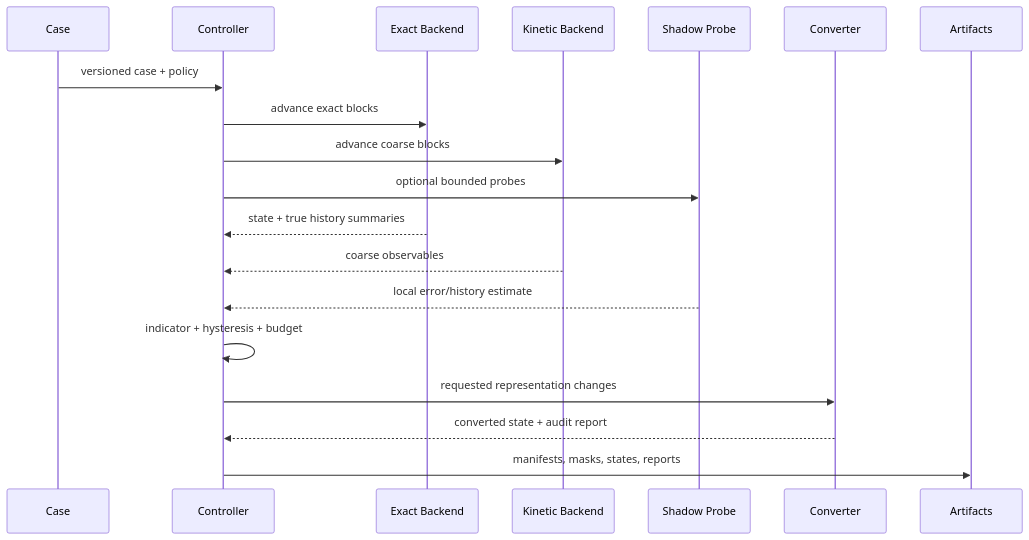
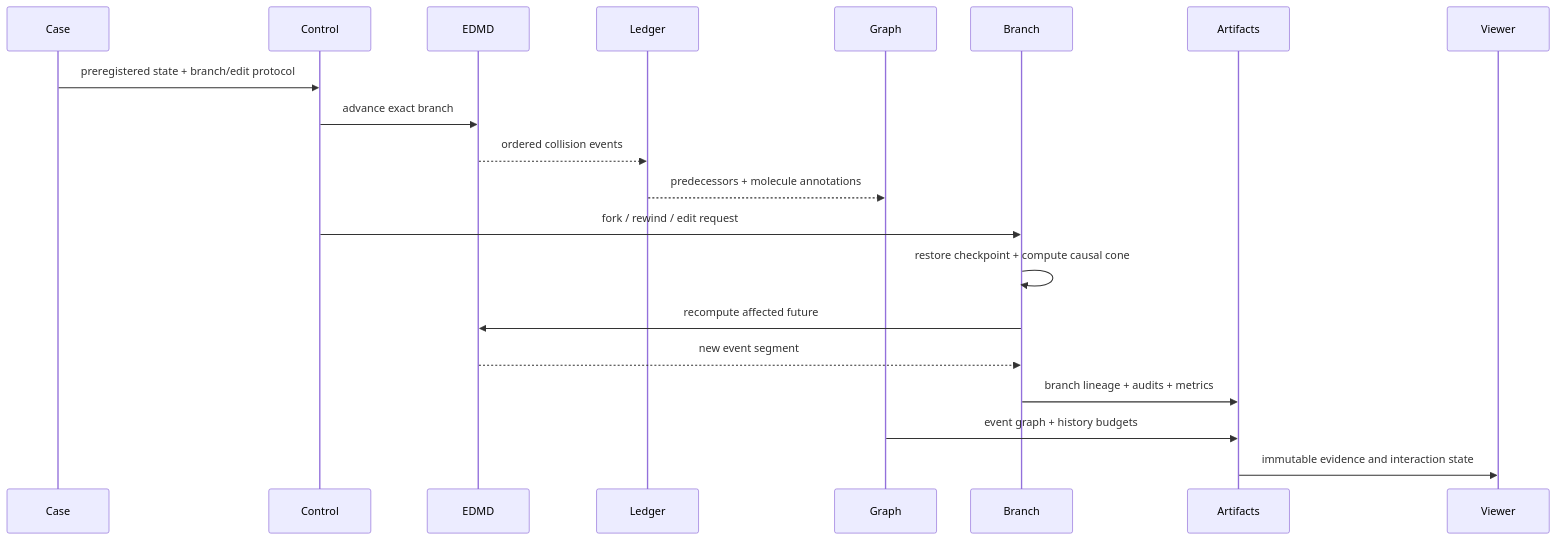
One commit to jandan138/history-aware-molecular-kinetic changed the diagram in docs/architecture/overview.md. Above: the diagram before and after it, drawn with Mermaid. The commit also changed other lines of this file, not shown here.

Commit message:
docs: pivot architecture to history graph and branching

````diff
--- a/docs/architecture/overview.md
+++ b/docs/architecture/overview.md
@@ -58,22 +122,23 @@
 ```mermaid
 sequenceDiagram
     participant Case
-    participant Controller
-    participant Exact as Exact Backend
-    participant Kinetic as Kinetic Backend
-    participant Probe as Shadow Probe
-    participant Convert as Converter
+    participant Control
+    participant EDMD
+    participant Ledger
+    participant Graph
+    participant Branch
     participant Artifacts
+    participant Viewer
 
-    Case->>Controller: versioned case + policy
-    Controller->>Exact: advance exact blocks
-    Controller->>Kinetic: advance coarse blocks
-    Controller->>Probe: optional bounded probes
-    Exact-->>Controller: state + true history summaries
-    Kinetic-->>Controller: coarse observables
-    Probe-->>Controller: local error/history estimate
-    Controller->>Controller: indicator + hysteresis + budget
-    Controller->>Convert: requested representation changes
-    Convert-->>Controller: converted state + audit report
-    Controller->>Artifacts: manifests, masks, states, reports
+    Case->>Control: preregistered state + branch/edit protocol
+    Control->>EDMD: advance exact branch
+    EDMD-->>Ledger: ordered collision events
+    Ledger-->>Graph: predecessors + molecule annotations
+    Control->>Branch: fork / rewind / edit request
+    Branch->>Branch: restore checkpoint + compute causal cone
+    Branch->>EDMD: recompute affected future
+    EDMD-->>Branch: new event segment
+    Branch->>Artifacts: branch lineage + audits + metrics
+    Graph->>Artifacts: event graph + history budgets
+    Artifacts->>Viewer: immutable evidence and interaction state
 ```
````
